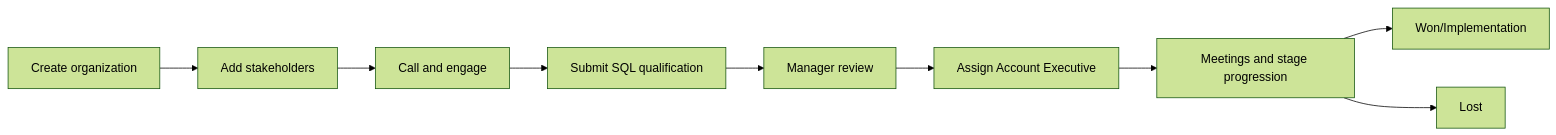
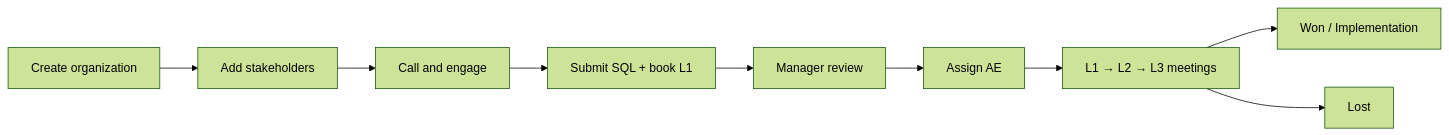
Before and after one commit to Isodynamicakash/Crm_Prosperr_backend: the first of 7 diagrams in README.md, drawn with Mermaid (forest theme). The commit also changed other lines of this file, not shown here.

````diff
--- a/README.md
+++ b/README.md
@@ -11,11 +51,11 @@
 ```mermaid
 flowchart LR
   Account[Create organization] --> People[Add stakeholders]
   People --> Prospect[Call and engage]
-  Prospect --> SQL[Submit SQL qualification]
+  Prospect --> SQL[Submit SQL + book L1]
   SQL --> Review[Manager review]
-  Review --> Assign[Assign Account Executive]
-  Assign --> Meetings[Meetings and stage progression]
-  Meetings --> Won[Won/Implementation]
+  Review --> Assign[Assign AE]
+  Assign --> Meetings[L1 → L2 → L3 meetings]
+  Meetings --> Won[Won / Implementation]
   Meetings --> Lost[Lost]
 ```
````
